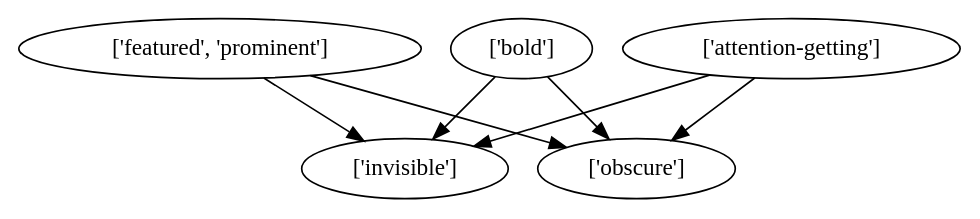
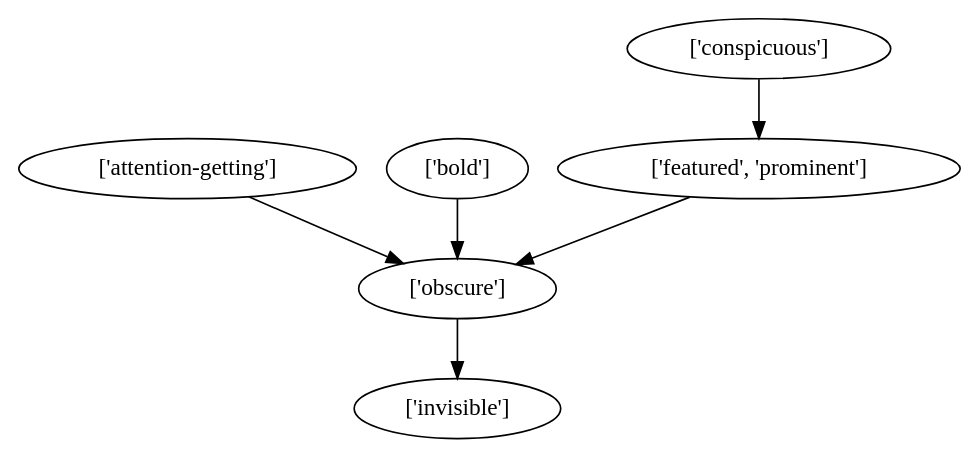
The diagram in graphs_with_eqs/dots/conspicuousness.dot (bleonar5/mechanical_turk), drawn with Graphviz before and after one commit. The commit also changed 99 other files, not shown here.

```diff
--- a/graphs_with_eqs/dots/conspicuousness.dot
+++ b/graphs_with_eqs/dots/conspicuousness.dot
@@ -1,8 +1,7 @@
 strict digraph  {
-	"['featured', 'prominent']" -> "['invisible']";
 	"['featured', 'prominent']" -> "['obscure']";
-	"['bold']" -> "['invisible']";
+	"['obscure']" -> "['invisible']";
+	"['attention-getting']" -> "['obscure']";
 	"['bold']" -> "['obscure']";
-	"['attention-getting']" -> "['invisible']";
-	"['attention-getting']" -> "['obscure']";
+	"['conspicuous']" -> "['featured', 'prominent']";
 }
```
